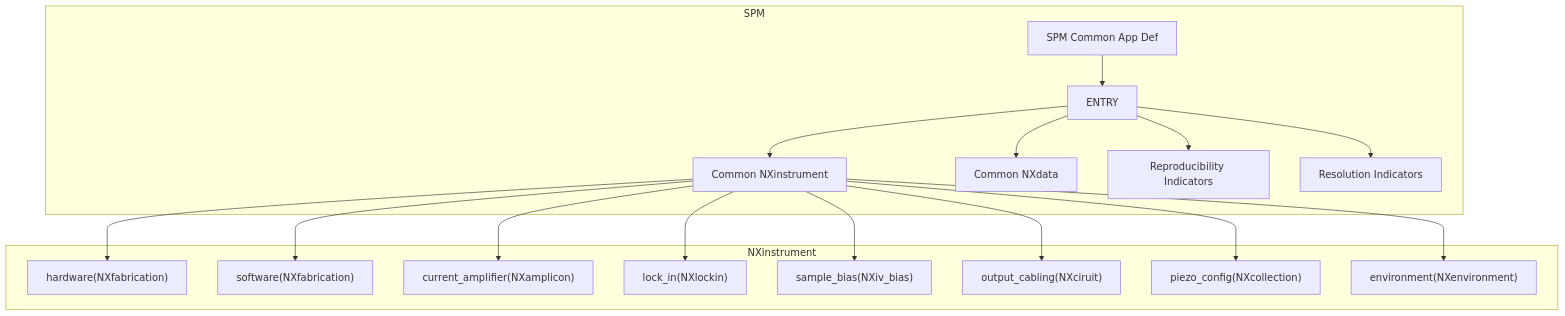
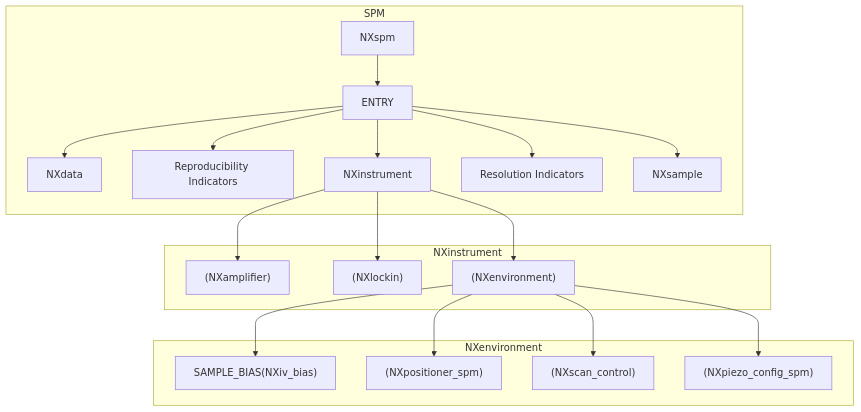
One commit to FAIRmat-NFDI/nexus_definitions changed the first of 2 diagrams in contributed_definitions/nyaml/SPM/README.md. Above: the diagram before and after it, drawn with Mermaid. The commit also changed other lines of this file and 13 other files, not shown here.

Commit message:
Draft SPM, STM and AFM app def.

````diff
--- a/contributed_definitions/nyaml/SPM/README.md
+++ b/contributed_definitions/nyaml/SPM/README.md
@@ -6,42 +6,45 @@
 ```mermaid
 graph TD;
   subgraph SPM
     %%hh%%
     id1["ENTRY"]
-    id0["SPM Common App Def"]
-    id2["Common NXinstrument"]
-    id3["Common NXdata"]
+    id0["NXspm"]
+    id3["NXdata"]
     id4["Reproducibility Indicators"]
+    id2["NXinstrument"]
     id5["Resolution Indicators"]
+    id6["NXsample"] 
 
   end
 
   subgraph NXinstrument
         %%NXinstrument Part%%
-    id6["hardware(NXfabrication)"]
-    id7["software(NXfabrication)"]
-    id8["current_amplifier(NXamplicon)"]
-    id9["lock_in(NXlockin)"]
-    id10["sample_bias(NXiv_bias)"]
-    id11["output_cabling(NXciruit)"]
-    id12["piezo_config(NXcollection)"]
-    id13["environment(NXenvironment)"]
+    id16["(NXamplifier)"]
+    id14["(NXlockin)"]
+    id13["(NXenvironment)"]
+  end
+
+  subgraph NXenvironment
+    id21["SAMPLE_BIAS(NXiv_bias)"]
+    id22["(NXpositioner_spm)"]
+    id23["(NXscan_control)"]
+    id24["(NXpiezo_config_spm)"]
   end
 
   id0 --> id1
   id1 --> id2
   id1 --> id3
   id1 --> id4
   id1 --> id5
+  id1 --> id6
 
-  id2 --> id6
-  id2 --> id7
-  id2 --> id8
-  id2 --> id9
-  id2 --> id10
-  id2 --> id11
-  id2 --> id12
   id2 --> id13
+  id2 --> id14
+  id2 --> id16
 
-
+  id13 --> id21
+  id13 --> id22
+  id13 --> id23
+  id13 --> id24
+  
 ```
````
